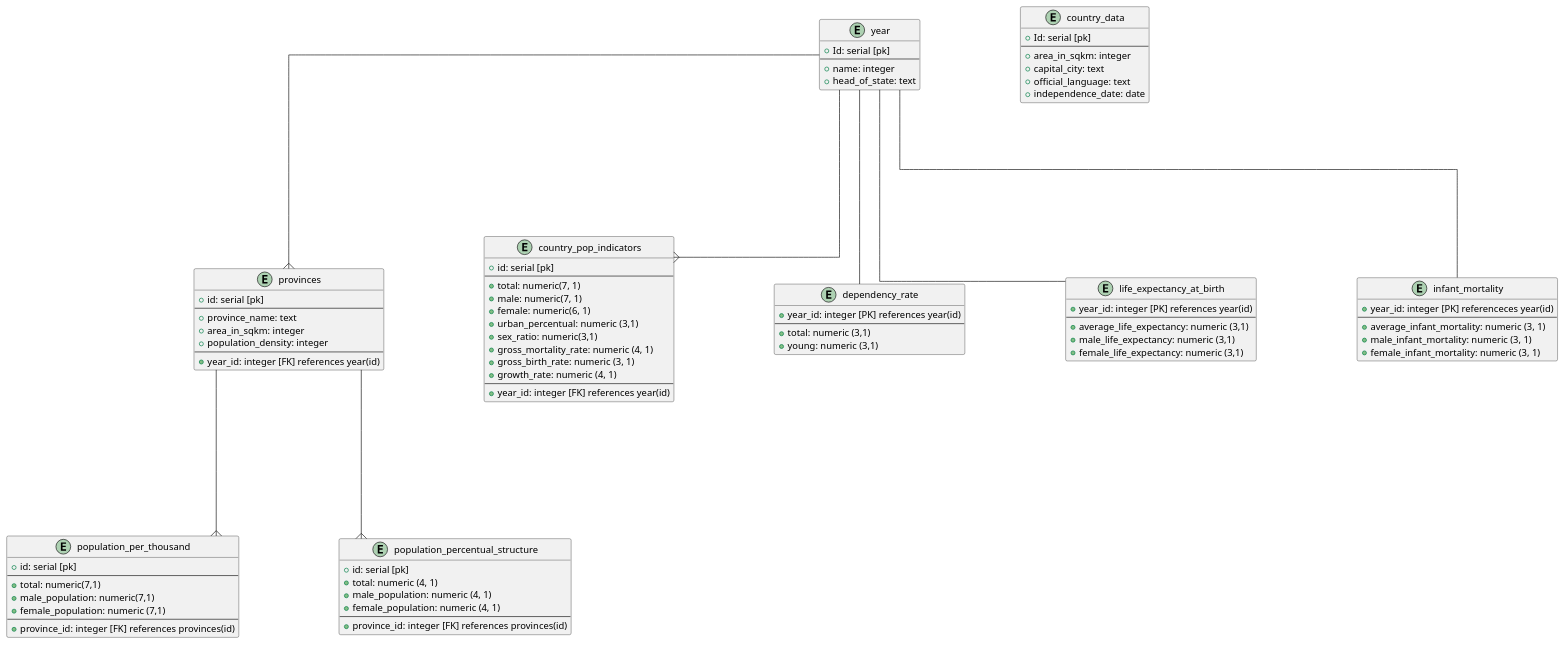
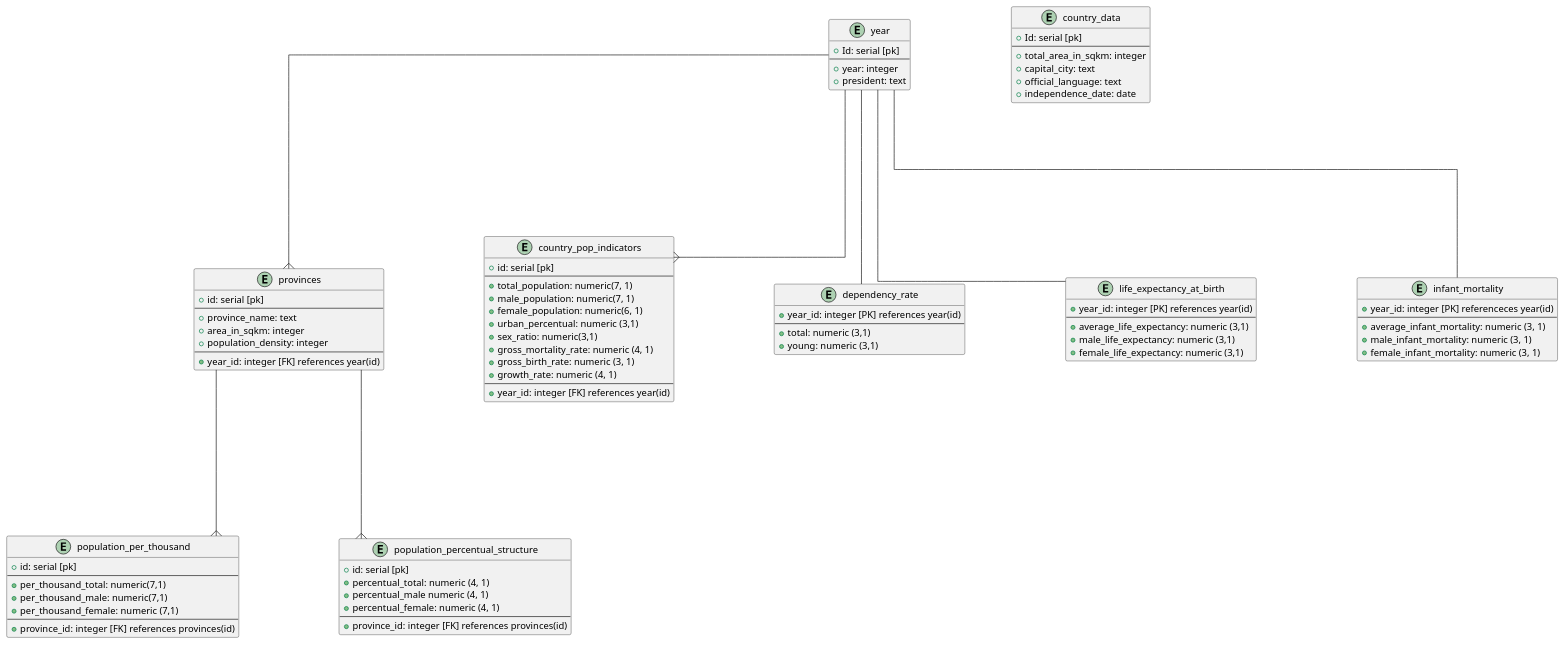
One commit to therakius/moz-demog-api changed the diagram in dbschema.puml. Above: the diagram before and after it, drawn with PlantUML.

Commit message:
changed the name of some fields for better consistency

```diff
--- a/dbschema.puml
+++ b/dbschema.puml
@@ -1,107 +1,107 @@
 @startuml moz_database
 skinparam {
     Nodesep 150
     Ranksep 200
     Linetype ortho
 }
 
 skinparam entity {
     BackgroundColor LightBlue
     FontSize 14
     ArrowThickness 1
 }
 
 entity year {
     + Id: serial [pk]
     --
-    + name: integer
-    + head_of_state: text
+    + year: integer
+    + president: text
 }
 
 entity country_data {
     + Id: serial [pk]
     --
-    + area_in_sqkm: integer
+    + total_area_in_sqkm: integer
     + capital_city: text
     + official_language: text
     + independence_date: date
 }
 
 entity provinces {
    + id: serial [pk]
    --
    + province_name: text
    + area_in_sqkm: integer
    + population_density: integer
    --
    + year_id: integer [FK] references year(id)
 }
 
 entity population_per_thousand{
     + id: serial [pk]
     --
-    + total: numeric(7,1)
-    + male_population: numeric(7,1)
-    + female_population: numeric (7,1)
+    + per_thousand_total: numeric(7,1)
+    + per_thousand_male: numeric(7,1)
+    + per_thousand_female: numeric (7,1)
     --
     + province_id: integer [FK] references provinces(id)
 }
 
 entity population_percentual_structure {
     + id: serial [pk]
-    + total: numeric (4, 1)
-    + male_population: numeric (4, 1)
-    + female_population: numeric (4, 1)
+    + percentual_total: numeric (4, 1)
+    + percentual_male numeric (4, 1)
+    + percentual_female: numeric (4, 1)
     --
     + province_id: integer [FK] references provinces(id)
 }
 
 
 entity country_pop_indicators {
     + id: serial [pk]
     --
-    + total: numeric(7, 1)
-    + male: numeric(7, 1)
-    + female: numeric(6, 1)
+    + total_population: numeric(7, 1)
+    + male_population: numeric(7, 1)
+    + female_population: numeric(6, 1)
     + urban_percentual: numeric (3,1)
     + sex_ratio: numeric(3,1)
     + gross_mortality_rate: numeric (4, 1)
     + gross_birth_rate: numeric (3, 1)
     + growth_rate: numeric (4, 1)
     --
     + year_id: integer [FK] references year(id)
 }
 
 entity dependency_rate {
     + year_id: integer [PK] references year(id)
     --
     + total: numeric (3,1)
     + young: numeric (3,1)
 }
 
 entity life_expectancy_at_birth {
     + year_id: integer [PK] references year(id)
     --
     + average_life_expectancy: numeric (3,1)
     + male_life_expectancy: numeric (3,1)
     + female_life_expectancy: numeric (3,1)
 }
 
 entity infant_mortality {
     + year_id: integer [PK] referenceces year(id)
     --
     + average_infant_mortality: numeric (3, 1)
     + male_infant_mortality: numeric (3, 1)
     + female_infant_mortality: numeric (3, 1) 
 }
 
 'relashionships:
 year --{ provinces
 provinces --{ population_per_thousand
 provinces --{ population_percentual_structure
 year -- life_expectancy_at_birth
 year --{ country_pop_indicators
 year -- dependency_rate
 year -- infant_mortality
 
 @enduml
```
